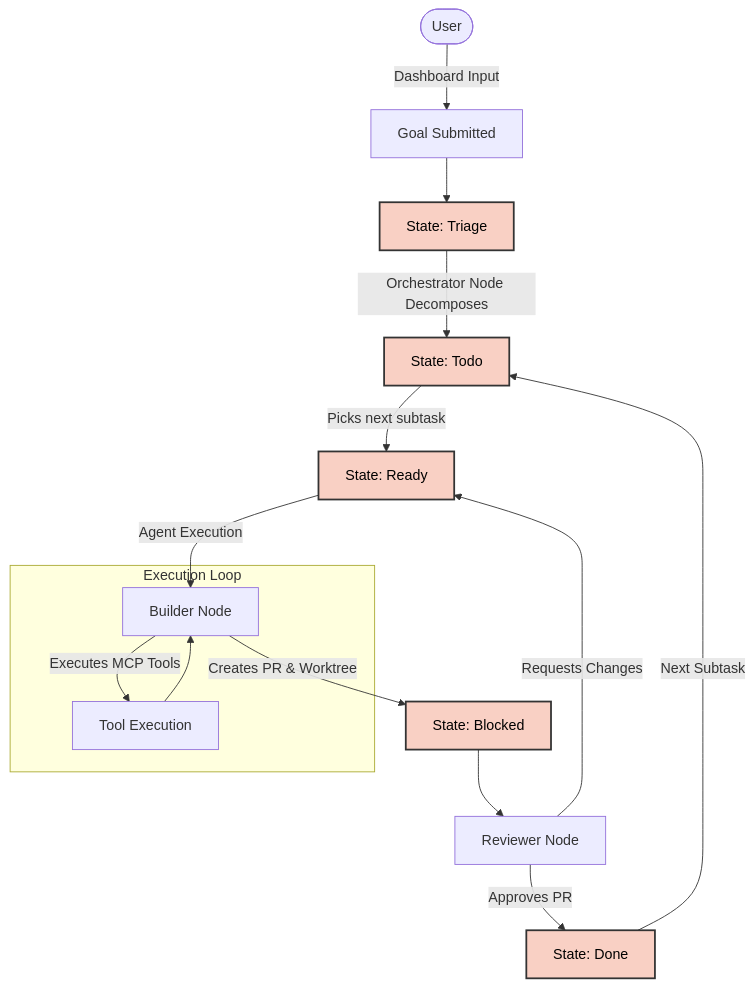
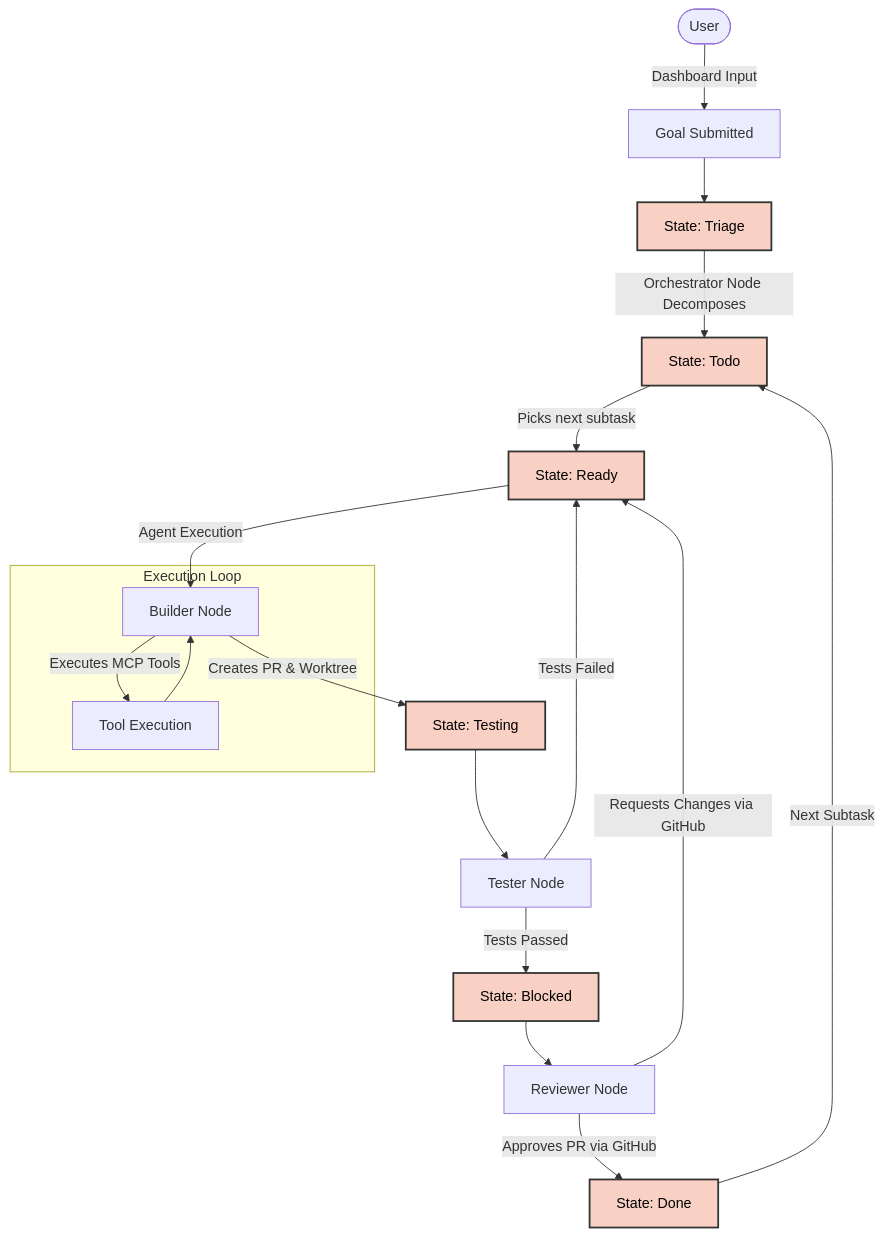
The diagram in README.md (hotcode-dev/zerofactory), drawn with Mermaid before and after one commit. The commit also changed other lines of this file, not shown here.

Commit message:
docs: update architecture and data flow in README to reflect Testing node and Docker deployment

````diff
--- a/README.md
+++ b/README.md
@@ -31,27 +32,32 @@
 ```mermaid
 graph TD
     classDef kanban fill:#f9d0c4,stroke:#333,stroke-width:2px,color:#000;
     
     User([User]) -->|Dashboard Input| Start[Goal Submitted]
     Start --> Triage[State: Triage]:::kanban
     
     Triage -->|Orchestrator Node Decomposes| Todo[State: Todo]:::kanban
     
     Todo -->|Picks next subtask| Ready[State: Ready]:::kanban
     
     Ready -->|Agent Execution| BuilderNode[Builder Node]
     
     subgraph Execution Loop
         BuilderNode -->|Executes MCP Tools| ToolNode[Tool Execution]
         ToolNode --> BuilderNode
     end
     
-    BuilderNode -->|Creates PR & Worktree| Blocked[State: Blocked]:::kanban
+    BuilderNode -->|Creates PR & Worktree| Testing[State: Testing]:::kanban
+    
+    Testing --> TesterNode[Tester Node]
+    
+    TesterNode -->|Tests Failed| Ready
+    TesterNode -->|Tests Passed| Blocked[State: Blocked]:::kanban
     
     Blocked --> ReviewerNode[Reviewer Node]
     
-    ReviewerNode -->|Requests Changes| Ready
-    ReviewerNode -->|Approves PR| Done[State: Done]:::kanban
+    ReviewerNode -->|Requests Changes via GitHub| Ready
+    ReviewerNode -->|Approves PR via GitHub| Done[State: Done]:::kanban
     
     Done -->|Next Subtask| Todo
 ```
````
